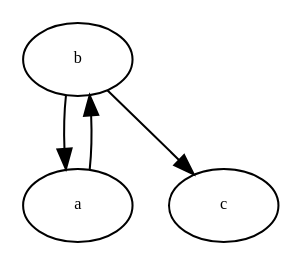
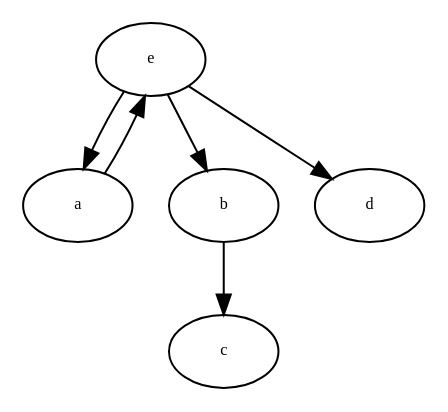
Before and after one commit to expertiza/expertiza: the diagram in public/assets/staggered_deadline_assignment_graph/graph_1.dot, drawn with Graphviz. The commit also changed 2 other files, not shown here.

```diff
--- a/public/assets/staggered_deadline_assignment_graph/graph_1.dot
+++ b/public/assets/staggered_deadline_assignment_graph/graph_1.dot
@@ -1,28 +1,46 @@
 digraph RGL__DirectedAdjacencyGraph {
-    b [
+    e [
         fontsize = 8,
-        label = b
+        label = e
     ]
 
     a [
         fontsize = 8,
         label = a
     ]
 
+    b [
+        fontsize = 8,
+        label = b
+    ]
+
     c [
         fontsize = 8,
         label = c
     ]
 
-    b -> a [
+    d [
+        fontsize = 8,
+        label = d
+    ]
+
+    e -> a [
+        fontsize = 8
+    ]
+
+    e -> b [
+        fontsize = 8
+    ]
+
+    e -> d [
+        fontsize = 8
+    ]
+
+    a -> e [
         fontsize = 8
     ]
 
     b -> c [
         fontsize = 8
     ]
-
-    a -> b [
-        fontsize = 8
-    ]
 }
```
